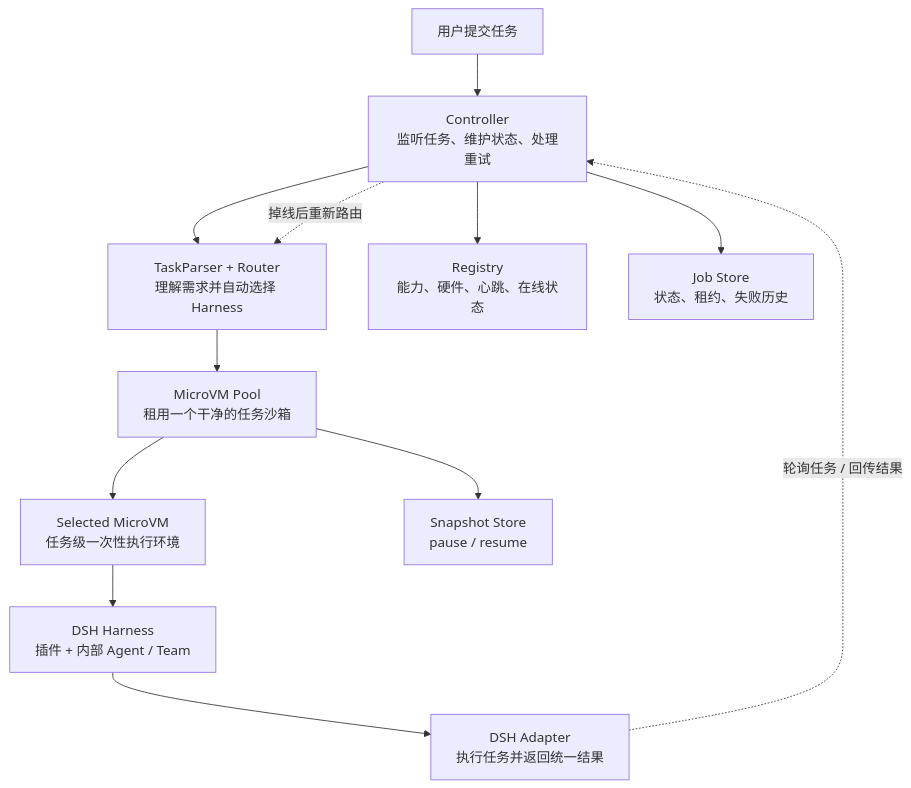
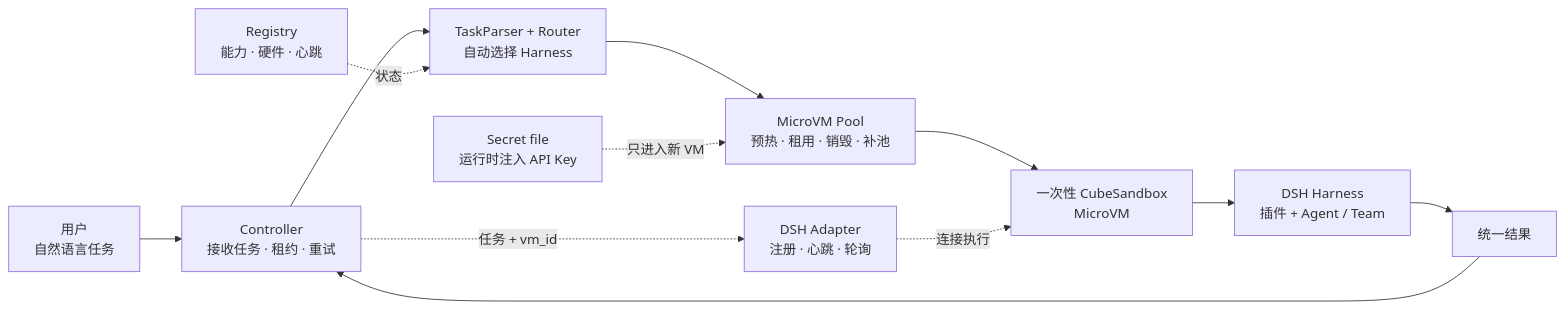
Before and after one commit to ahuidffwkjf/heterogeneous-agent-routing: the first of 2 diagrams in docs/architecture_v2.md, drawn with Mermaid. The commit also changed other lines of this file and 6 other files, not shown here.

Commit message:
docs: clarify architecture and wire DSH sandbox credentials

````diff
--- a/docs/architecture_v2.md
+++ b/docs/architecture_v2.md
@@ -5,15 +5,15 @@
 ```mermaid
-flowchart TB
-    User["用户提交任务"] --> Controller["Controller\n监听任务、维护状态、处理重试"]
-    Controller --> Router["TaskParser + Router\n理解需求并自动选择 Harness"]
-    Router --> Pool["MicroVM Pool\n租用一个干净的任务沙箱"]
-    Pool --> VM["Selected MicroVM\n任务级一次性执行环境"]
-    VM --> Harness["DSH Harness\n插件 + 内部 Agent / Team"]
-    Harness --> Adapter["DSH Adapter\n执行任务并返回统一结果"]
-    Adapter -. "轮询任务 / 回传结果" .-> Controller
+flowchart LR
+    User["用户<br/>自然语言任务"] --> Controller["Controller<br/>接收任务 · 租约 · 重试"]
+    Controller --> Router["TaskParser + Router<br/>自动选择 Harness"]
+    Router --> Pool["MicroVM Pool<br/>预热 · 租用 · 销毁 · 补池"]
+    Pool --> VM["一次性 CubeSandbox<br/>MicroVM"]
+    VM --> Harness["DSH Harness<br/>插件 + Agent / Team"]
+    Harness --> Result["统一结果"]
+    Result --> Controller
 
-    Controller --> Registry["Registry\n能力、硬件、心跳、在线状态"]
-    Controller --> Jobs["Job Store\n状态、租约、失败历史"]
-    Pool --> Snapshot["Snapshot Store\npause / resume"]
-    Controller -. "掉线后重新路由" .-> Router
+    Registry["Registry<br/>能力 · 硬件 · 心跳"] -. "状态" .-> Router
+    Controller -. "任务 + vm_id" .-> Adapter["DSH Adapter<br/>注册 · 心跳 · 轮询"]
+    Adapter -. "连接执行" .-> VM
+    Secret["Secret file<br/>运行时注入 API Key"] -. "只进入新 VM" .-> Pool
 ```
````
